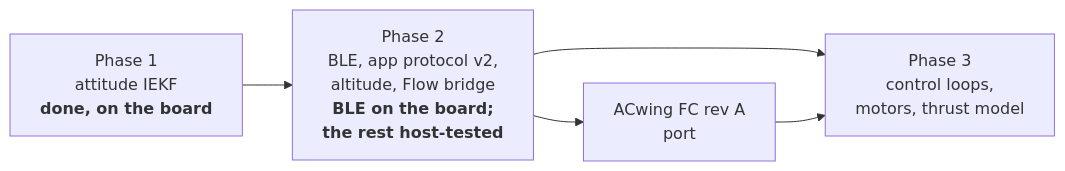
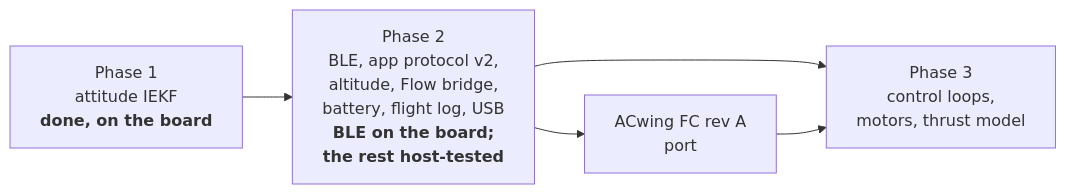
The diagram in 03 - Docs/project/roadmap.md (ACwing-UAV/ACwing_FW), drawn with Mermaid before and after one commit. The commit also changed other lines of this file and 15 other files, not shown here.

First line of the commit message:
Docs: battery and failsafes, flight log and USB, ADR 0007/0008

````diff
--- a/03 - Docs/project/roadmap.md
+++ b/03 - Docs/project/roadmap.md
@@ -3,7 +3,7 @@
 ```mermaid
 flowchart LR
-  P1["Phase 1<br/>attitude IEKF<br/><b>done, on the board</b>"] --> P2["Phase 2<br/>BLE, app protocol v2,<br/>altitude, Flow bridge<br/><b>BLE on the board;<br/>the rest host-tested</b>"]
+  P1["Phase 1<br/>attitude IEKF<br/><b>done, on the board</b>"] --> P2["Phase 2<br/>BLE, app protocol v2,<br/>altitude, Flow bridge,<br/>battery, flight log, USB<br/><b>BLE on the board;<br/>the rest host-tested</b>"]
   P2 --> P3["Phase 3<br/>control loops,<br/>motors, thrust model"]
   P2 --> FC["ACwing FC rev A<br/>port"]
   FC --> P3
 ```
````
